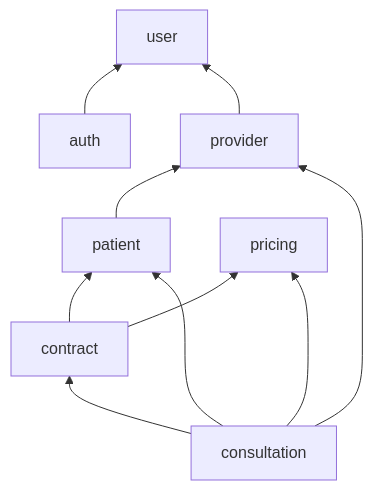
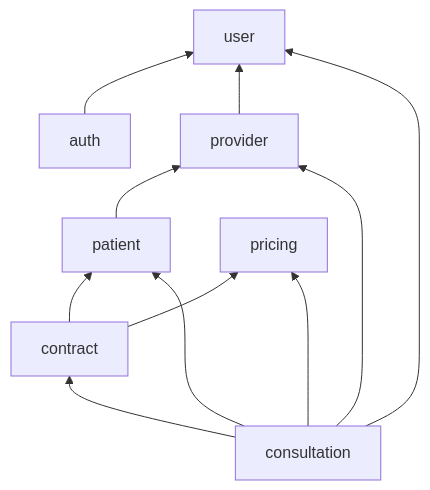
Before and after one commit to 1k2s/sublime-app: the diagram in README.md, drawn with Mermaid. The commit also changed other lines of this file and 22 other files, not shown here.

````diff
--- a/README.md
+++ b/README.md
@@ -57,20 +57,21 @@
 ```mermaid
 graph BT
   patient[patient]
   pricing[pricing]
   user[user]
   contract[contract]
   provider[provider]
   consultation[consultation]
   auth[auth]
 
   auth --> user
   contract --> patient
   contract --> pricing
   patient --> provider
   provider --> user
   consultation --> patient
   consultation --> contract
   consultation --> provider
   consultation --> pricing
+  consultation --> user
 ```
````
